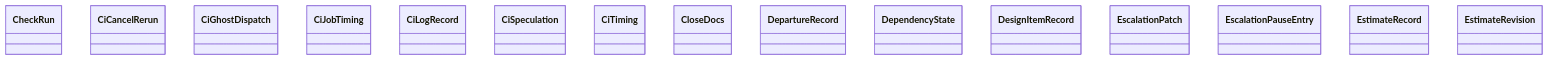
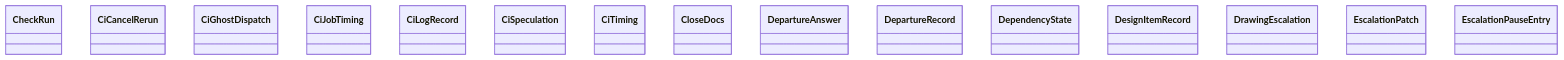
Before and after one commit to GonzaloZevallos/agentic-system: the diagram in docs/architecture/generated/classes-process-domain-state-4.md, drawn with Mermaid. The commit also changed 9 other files, not shown here.

Commit message:
Regenerate the architecture pages for DepartureAnswer and DrawingEscalation

````diff
--- a/docs/architecture/generated/classes-process-domain-state-4.md
+++ b/docs/architecture/generated/classes-process-domain-state-4.md
@@ -29,18 +29,18 @@
 ```mermaid
 classDiagram
     class task__CheckRun["CheckRun"]
     class task__CiCancelRerun["CiCancelRerun"]
     class task__CiGhostDispatch["CiGhostDispatch"]
     class task__CiJobTiming["CiJobTiming"]
     class task__CiLogRecord["CiLogRecord"]
     class task__CiSpeculation["CiSpeculation"]
     class task__CiTiming["CiTiming"]
     class task__CloseDocs["CloseDocs"]
+    class task__DepartureAnswer["DepartureAnswer"]
     class task__DepartureRecord["DepartureRecord"]
     class task__DependencyState["DependencyState"]
     class task__DesignItemRecord["DesignItemRecord"]
+    class task__DrawingEscalation["DrawingEscalation"]
     class task__EscalationPatch["EscalationPatch"]
     class task__EscalationPauseEntry["EscalationPauseEntry"]
-    class task__EstimateRecord["EstimateRecord"]
-    class task__EstimateRevision["EstimateRevision"]
 ```
````
